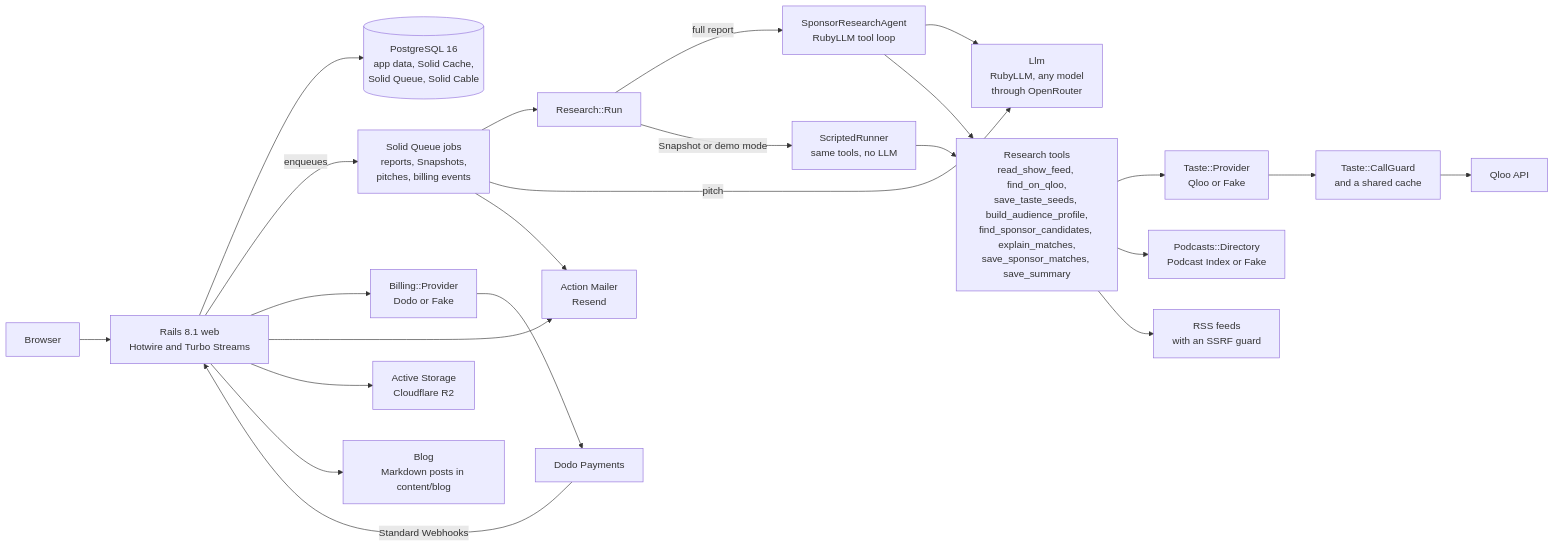
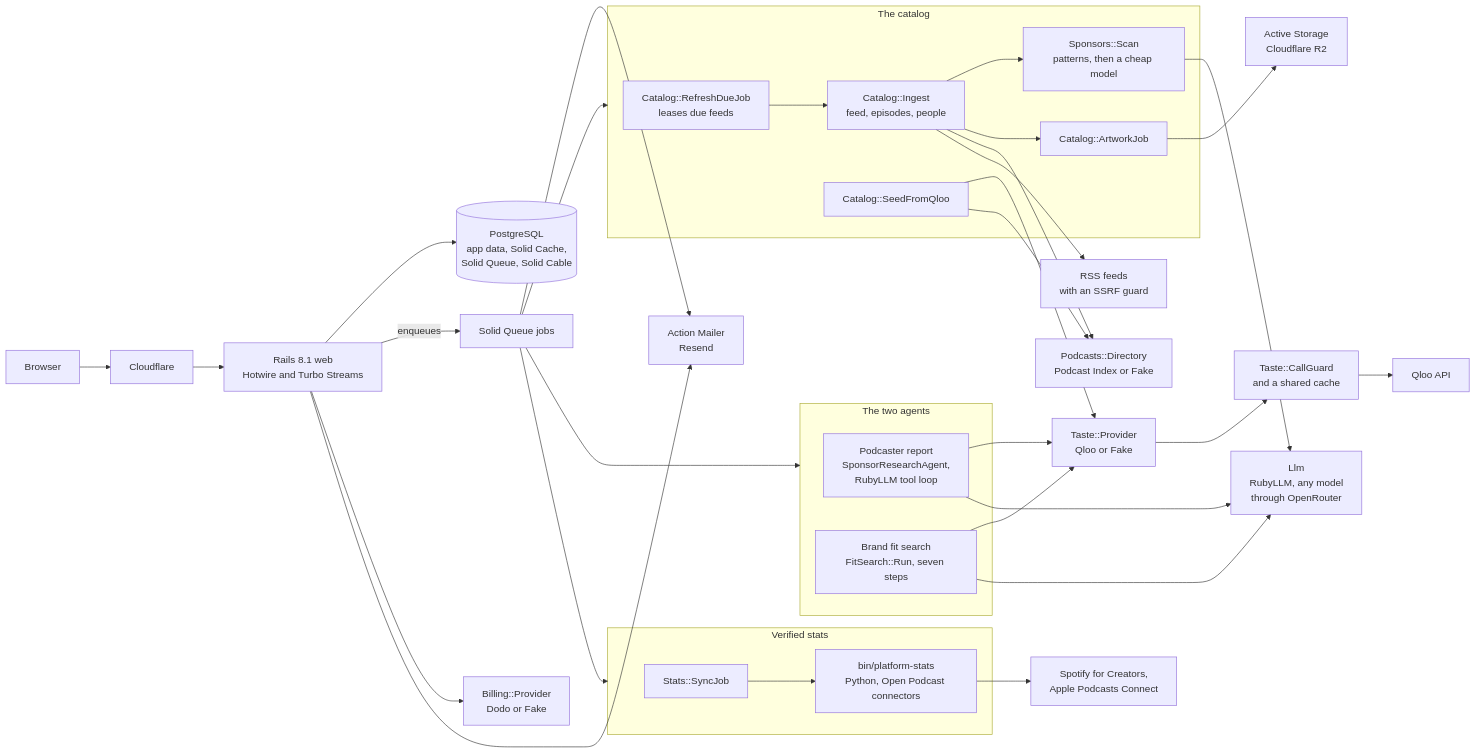
The diagram in README.md (inventionsbyhamid/midrolo), drawn with Mermaid before and after one commit. The commit also changed other lines of this file and 8 other files, not shown here.

First line of the commit message:
docs: the marketplace in the Devpost, README, Qloo, deploy, judging, handoff, self-hosting and pitch docs

````diff
--- a/README.md
+++ b/README.md
@@ -44,24 +64,33 @@
 ```mermaid
 flowchart LR
-  browser["Browser"] --> web["Rails 8.1 web<br/>Hotwire and Turbo Streams"]
-  web --> db[("PostgreSQL 16<br/>app data, Solid Cache,<br/>Solid Queue, Solid Cable")]
-  web -->|enqueues| jobs["Solid Queue jobs<br/>reports, Snapshots,<br/>pitches, billing events"]
-  jobs --> run["Research::Run"]
-  run -->|full report| agent["SponsorResearchAgent<br/>RubyLLM tool loop"]
-  run -->|Snapshot or demo mode| scripted["ScriptedRunner<br/>same tools, no LLM"]
-  agent --> llm["Llm<br/>RubyLLM, any model<br/>through OpenRouter"]
-  jobs -->|pitch| llm
-  agent --> tools["Research tools<br/>read_show_feed, find_on_qloo,<br/>save_taste_seeds, build_audience_profile,<br/>find_sponsor_candidates, explain_matches,<br/>save_sponsor_matches, save_summary"]
-  scripted --> tools
-  tools --> taste["Taste::Provider<br/>Qloo or Fake"]
-  tools --> directory["Podcasts::Directory<br/>Podcast Index or Fake"]
-  tools --> feeds["RSS feeds<br/>with an SSRF guard"]
-  taste --> guard["Taste::CallGuard<br/>and a shared cache"]
-  guard --> qloo["Qloo API"]
+  browser["Browser"] --> cf["Cloudflare"] --> web["Rails 8.1 web<br/>Hotwire and Turbo Streams"]
+  web --> db[("PostgreSQL<br/>app data, Solid Cache,<br/>Solid Queue, Solid Cable")]
+  web -->|enqueues| jobs["Solid Queue jobs"]
+
+  subgraph catalog["The catalog"]
+    refresh["Catalog::RefreshDueJob<br/>leases due feeds"] --> ingest["Catalog::Ingest<br/>feed, episodes, people"]
+    ingest --> sponsors["Sponsors::Scan<br/>patterns, then a cheap model"]
+    ingest --> artwork["Catalog::ArtworkJob"]
+    seed["Catalog::SeedFromQloo"]
+  end
+
+  subgraph agents["The two agents"]
+    report["Podcaster report<br/>SponsorResearchAgent,<br/>RubyLLM tool loop"]
+    fit["Brand fit search<br/>FitSearch::Run, seven steps"]
+  end
+
+  subgraph stats["Verified stats"]
+    sync["Stats::SyncJob"] --> helper["bin/platform-stats<br/>Python, Open Podcast connectors"]
+  end
+
+  jobs --> catalog & agents & stats
+  report & fit & seed --> taste["Taste::Provider<br/>Qloo or Fake"]
+  taste --> guard["Taste::CallGuard<br/>and a shared cache"] --> qloo["Qloo API"]
+  report & fit & sponsors --> llm["Llm<br/>RubyLLM, any model<br/>through OpenRouter"]
+  ingest & seed --> directory["Podcasts::Directory<br/>Podcast Index or Fake"]
+  ingest --> feeds["RSS feeds<br/>with an SSRF guard"]
+  helper --> platforms["Spotify for Creators,<br/>Apple Podcasts Connect"]
   web --> billing["Billing::Provider<br/>Dodo or Fake"]
-  billing --> dodo["Dodo Payments"]
-  dodo -->|Standard Webhooks| web
   web & jobs --> mail["Action Mailer<br/>Resend"]
-  web --> storage["Active Storage<br/>Cloudflare R2"]
-  web --> blog["Blog<br/>Markdown posts in content/blog"]
+  artwork --> storage["Active Storage<br/>Cloudflare R2"]
 ```
````
